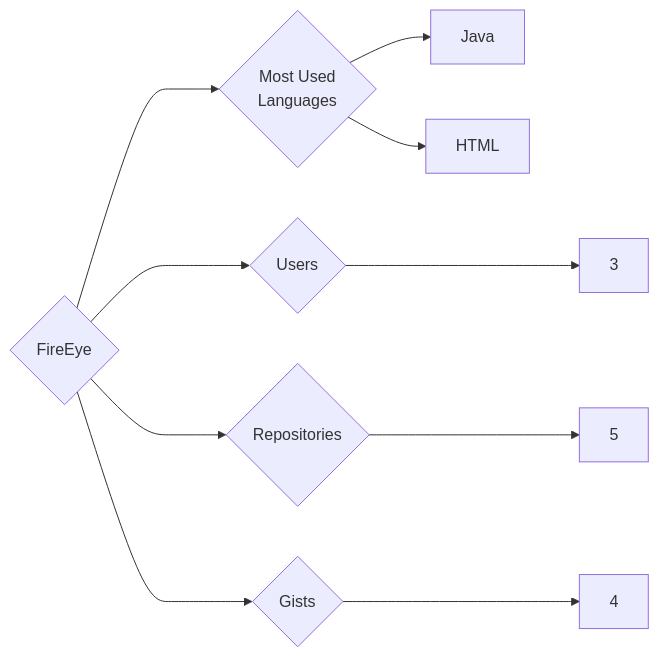
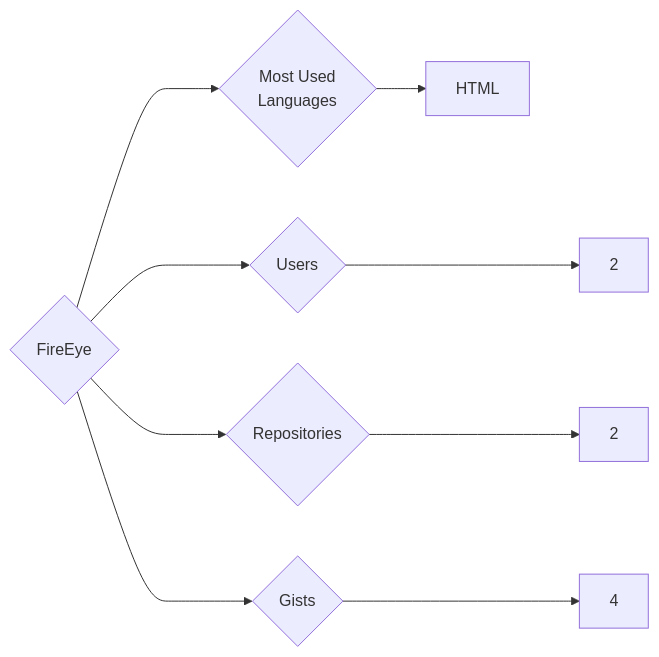
One commit to trickest/insiders changed the diagram in targets/FireEye/README.md. Above: the diagram before and after it, drawn with Mermaid. The commit also changed 718 other files, not shown here.

````diff
--- a/targets/FireEye/README.md
+++ b/targets/FireEye/README.md
@@ -3,10 +3,9 @@
 ```mermaid
 graph LR
 COMPANY_NAME{FireEye}
-COMPANY_NAME ---> U{Users} ---> UN[3]
-COMPANY_NAME ---> R{Repositories} ---> RN[5]
+COMPANY_NAME ---> U{Users} ---> UN[2]
+COMPANY_NAME ---> R{Repositories} ---> RN[2]
 COMPANY_NAME ---> G{Gists} ---> GN[4]
 COMPANY_NAME ---> ML{Most Used<br>Languages}
-ML --> Java[Java]
 ML --> HTML[HTML]
 ```
````
